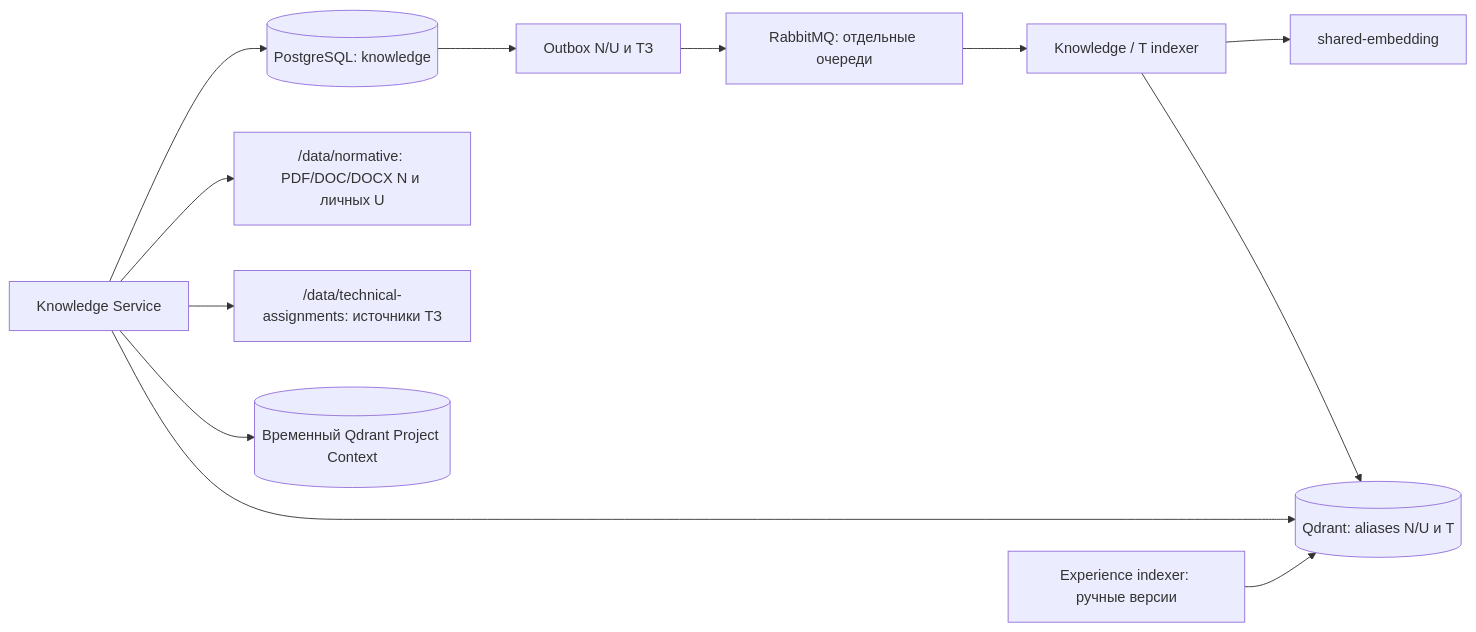
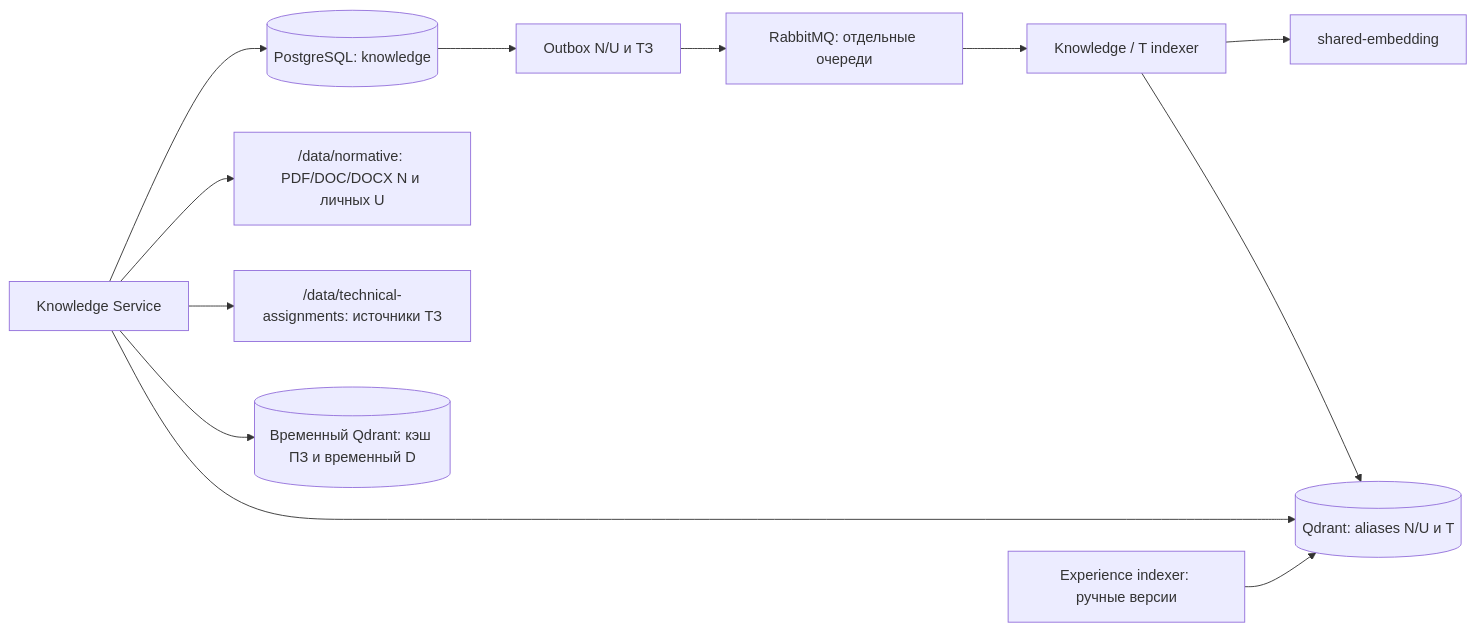
Before and after one commit to Amadu-A/PDRD-validation: the tenth of 32 diagrams in README.md, drawn with Mermaid. The commit also changed other lines of this file and 72 other files, not shown here.

````diff
--- a/README.md
+++ b/README.md
@@ -448,14 +464,14 @@
 ```mermaid
 flowchart LR
     KS["Knowledge Service"] --> SQL[("PostgreSQL: knowledge")]
     KS --> NFILES["/data/normative: PDF/DOC/DOCX N и личных U"]
     KS --> TFILES["/data/technical-assignments: источники ТЗ"]
     SQL --> OUT["Outbox N/U и ТЗ"]
     OUT --> QUEUE["RabbitMQ: отдельные очереди"]
     QUEUE --> IDX["Knowledge / T indexer"]
     IDX --> EMB["shared-embedding"]
     IDX --> QD[("Qdrant: aliases N/U и T")]
     KS --> QD
     EIDX["Experience indexer: ручные версии"] --> QD
-    KS --> TMP[("Временный Qdrant Project Context")]
+    KS --> TMP[("Временный Qdrant: кэш ПЗ и временный D")]
 ```
````
